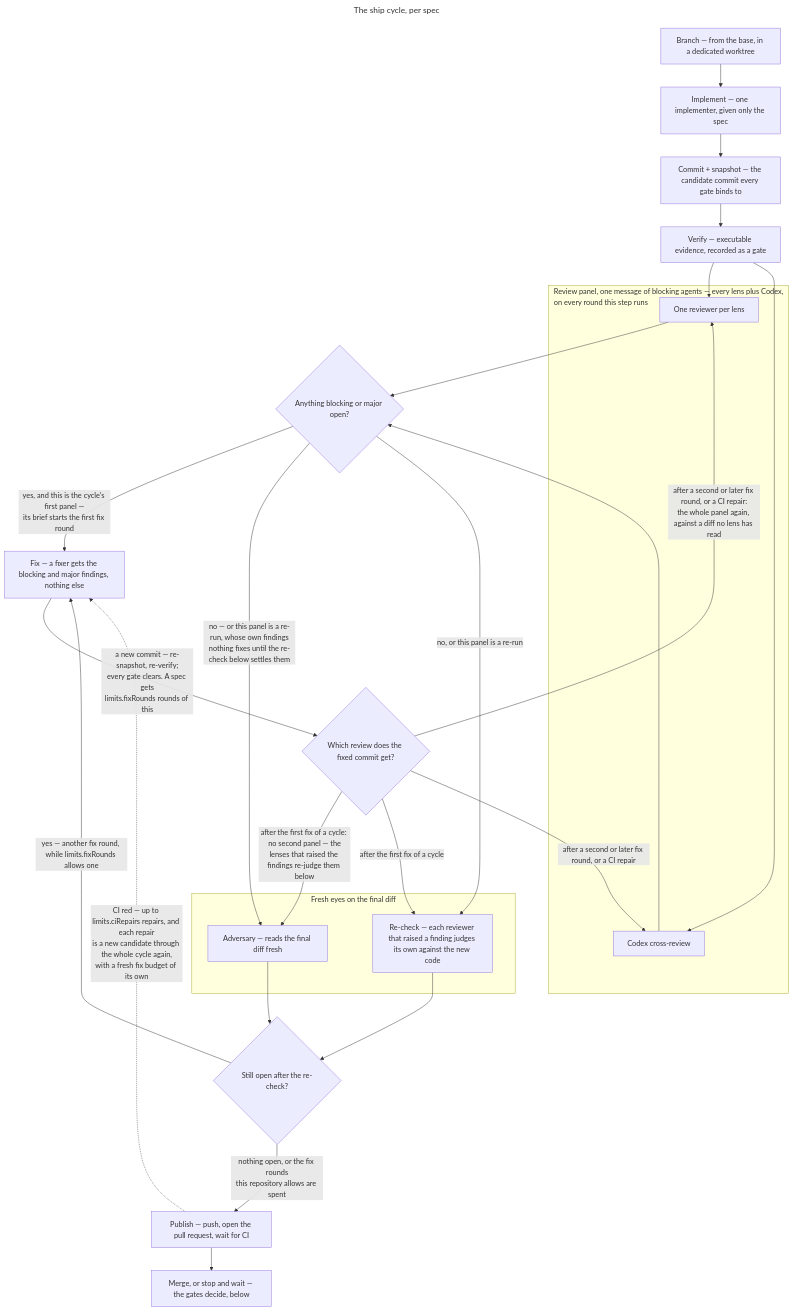
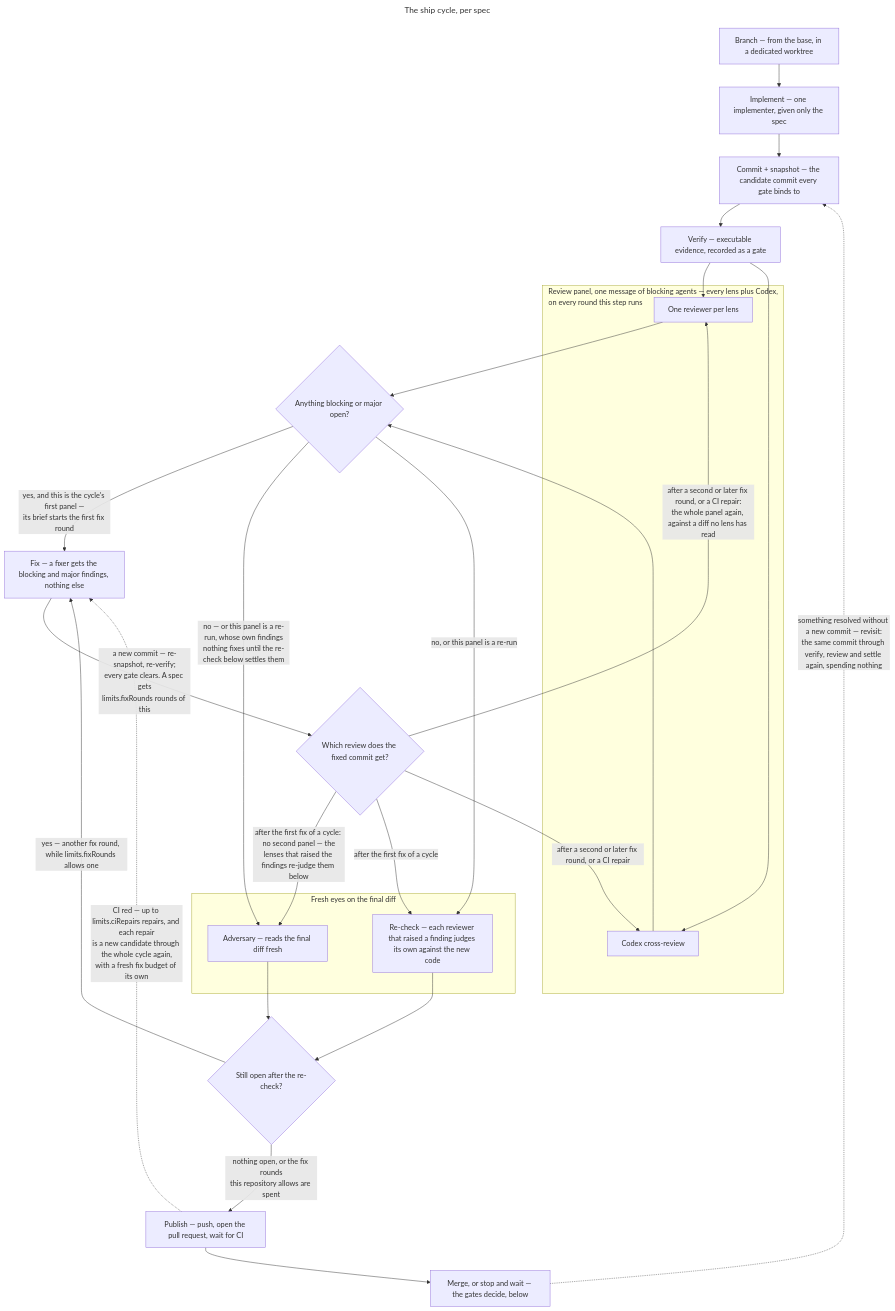
One commit to Smiley73/tagteam changed the third of 4 diagrams in README.md. Above: the diagram before and after it, drawn with Mermaid. The commit also changed 11 other files, not shown here.

First line of the commit message:
Revisit a waiting spec without spending a CI repair (0.9.3) (#98)

````diff
--- a/README.md
+++ b/README.md
@@ -136,50 +136,51 @@
 ```mermaid
 ---
 title: The ship cycle, per spec
 ---
 flowchart TD
     branch["Branch — from the base, in a dedicated worktree"]
     implement["Implement — one implementer, given only the spec"]
     snapshot["Commit + snapshot — the candidate commit every gate binds to"]
     verify["Verify — executable evidence, recorded as a gate"]
     lenses["One reviewer per lens"]
     codexr["Codex cross-review"]
     open{"Anything blocking or major open?"}
     fixer["Fix — a fixer gets the blocking and major findings, nothing else"]
     route{"Which review does the fixed commit get?"}
     adv["Adversary — reads the final diff fresh"]
     recheck["Re-check — each reviewer that raised a finding judges its own against the new code"]
     settle{"Still open after the re-check?"}
     publish["Publish — push, open the pull request, wait for CI"]
     outcome["Merge, or stop and wait — the gates decide, below"]
 
     branch --> implement
     implement --> snapshot
     snapshot --> verify
     subgraph panel["Review panel, one message of blocking agents — every lens plus Codex,<br>on every round this step runs"]
         lenses
         codexr
     end
     verify --> lenses
     verify --> codexr
     lenses --> open
     codexr --> open
     open -->|"yes, and this is the cycle's first panel —<br>its brief starts the first fix round"| fixer
     fixer -->|"a new commit — re-snapshot, re-verify;<br>every gate clears. A spec gets<br>limits.fixRounds rounds of this"| route
     subgraph final["Fresh eyes on the final diff"]
         adv
         recheck
     end
     route -->|"after the first fix of a cycle: no second panel — the<br>lenses that raised the findings re-judge them below"| adv
     route -->|"after the first fix of a cycle"| recheck
     route -->|"after a second or later fix round, or a CI repair:<br>the whole panel again, against a diff no lens has read"| lenses
     route -->|"after a second or later fix round, or a CI repair"| codexr
     open -->|"no — or this panel is a re-run, whose own findings<br>nothing fixes until the re-check below settles them"| adv
     open -->|"no, or this panel is a re-run"| recheck
     adv --> settle
     recheck --> settle
     settle -->|"yes — another fix round, while limits.fixRounds allows one"| fixer
     settle -->|"nothing open, or the fix rounds<br>this repository allows are spent"| publish
     publish -. "CI red — up to limits.ciRepairs repairs, and each repair<br>is a new candidate through the whole cycle again,<br>with a fresh fix budget of its own" .-> fixer
     publish --> outcome
+    outcome -. "something resolved without a new commit — revisit:<br>the same commit through verify, review and settle again, spending nothing" .-> snapshot
 ```
````
